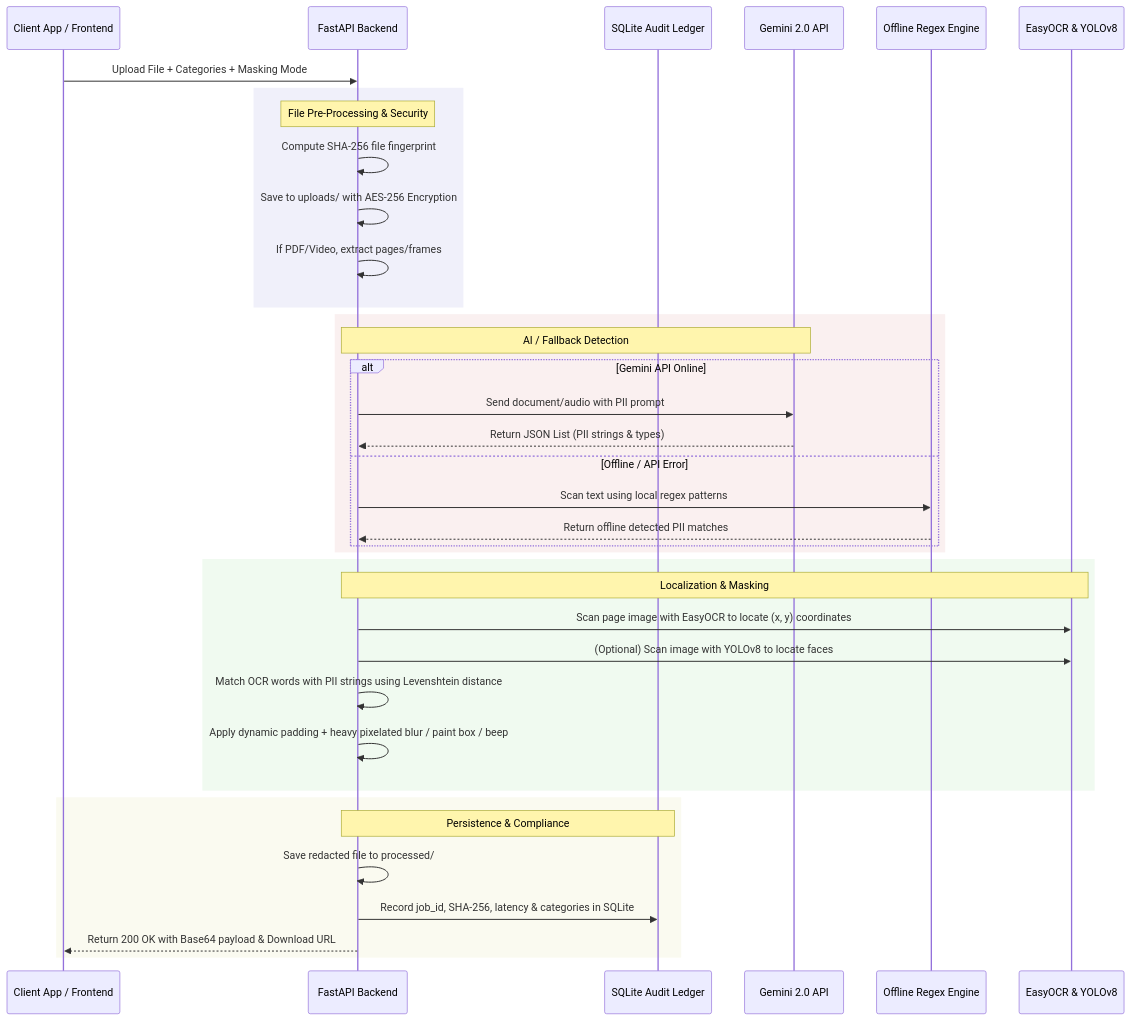
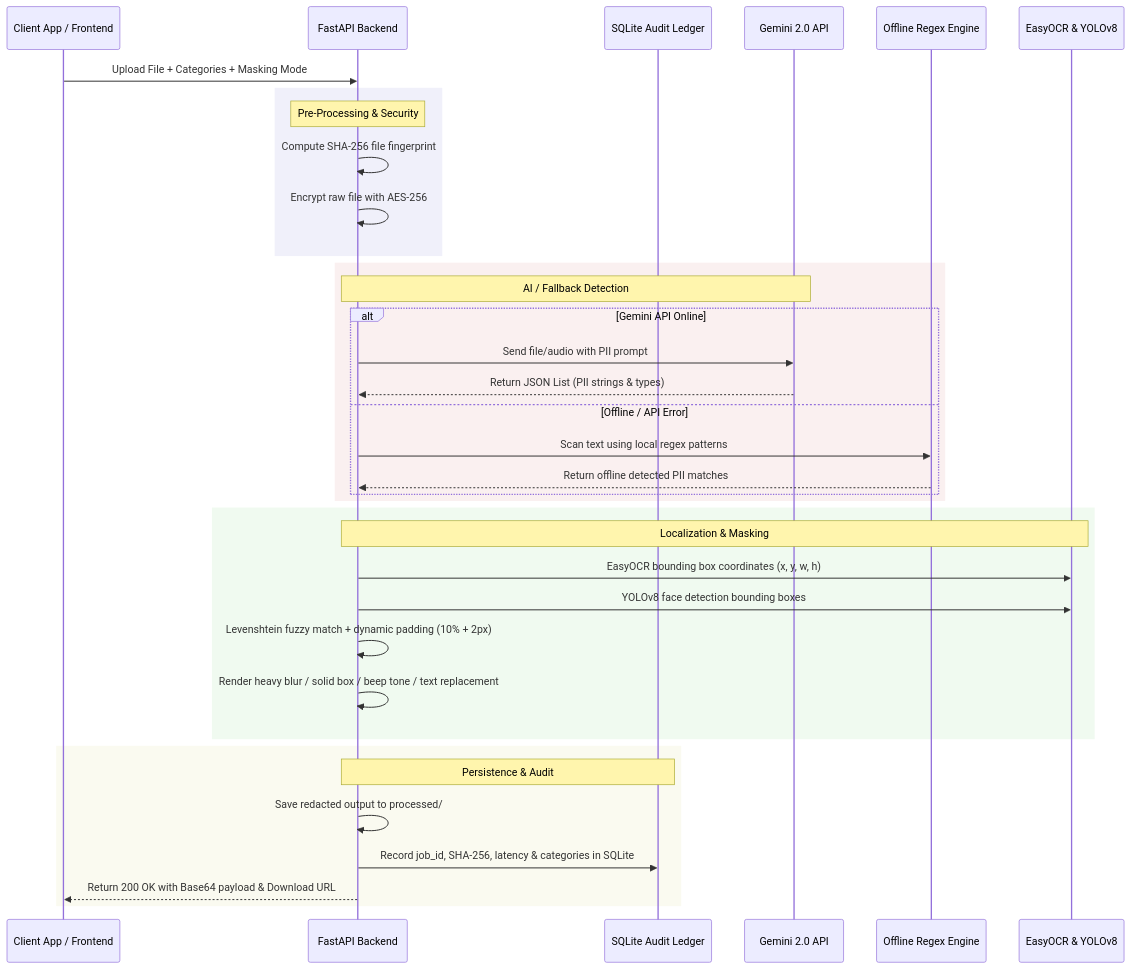
The second of 2 diagrams in pii-masking-backend-main/docs/project_walkthrough_and_learning_guide.md (YATHARTHH/masking), drawn with Mermaid before and after one commit. The commit also changed other lines of this file, not shown here.

Commit message:
docs: Deepen project_walkthrough_and_learning_guide with full enterprise code analysis and diagrams

````diff
--- a/pii-masking-backend-main/docs/project_walkthrough_and_learning_guide.md
+++ b/pii-masking-backend-main/docs/project_walkthrough_and_learning_guide.md
@@ -63,43 +67,42 @@
 ```mermaid
 sequenceDiagram
     participant User as Client App / Frontend
     participant API as FastAPI Backend
     participant Audit as SQLite Audit Ledger
     participant Gemini as Gemini 2.0 API
     participant Fallback as Offline Regex Engine
     participant Local as EasyOCR & YOLOv8
 
     User->>API: Upload File + Categories + Masking Mode
     rect rgb(240, 240, 250)
-        note over API: File Pre-Processing & Security
+        note over API: Pre-Processing & Security
         API->>API: Compute SHA-256 file fingerprint
-        API->>API: Save to uploads/ with AES-256 Encryption
-        API->>API: If PDF/Video, extract pages/frames
+        API->>API: Encrypt raw file with AES-256
     end
     
     rect rgb(250, 240, 240)
         note over API, Gemini: AI / Fallback Detection
         alt Gemini API Online
-            API->>Gemini: Send document/audio with PII prompt
+            API->>Gemini: Send file/audio with PII prompt
             Gemini-->>API: Return JSON List (PII strings & types)
         else Offline / API Error
             API->>Fallback: Scan text using local regex patterns
             Fallback-->>API: Return offline detected PII matches
         end
     end
 
     rect rgb(240, 250, 240)
         note over API, Local: Localization & Masking
-        API->>Local: Scan page image with EasyOCR to locate (x, y) coordinates
-        API->>Local: (Optional) Scan image with YOLOv8 to locate faces
-        API->>API: Match OCR words with PII strings using Levenshtein distance
-        API->>API: Apply dynamic padding + heavy pixelated blur / paint box / beep
+        API->>Local: EasyOCR bounding box coordinates (x, y, w, h)
+        API->>Local: YOLOv8 face detection bounding boxes
+        API->>API: Levenshtein fuzzy match + dynamic padding (10% + 2px)
+        API->>API: Render heavy blur / solid box / beep tone / text replacement
     end
 
     rect rgb(250, 250, 240)
-        note over API, Audit: Persistence & Compliance
-        API->>API: Save redacted file to processed/
+        note over API, Audit: Persistence & Audit
+        API->>API: Save redacted output to processed/
         API->>Audit: Record job_id, SHA-256, latency & categories in SQLite
         API-->>User: Return 200 OK with Base64 payload & Download URL
     end
 ```
````
